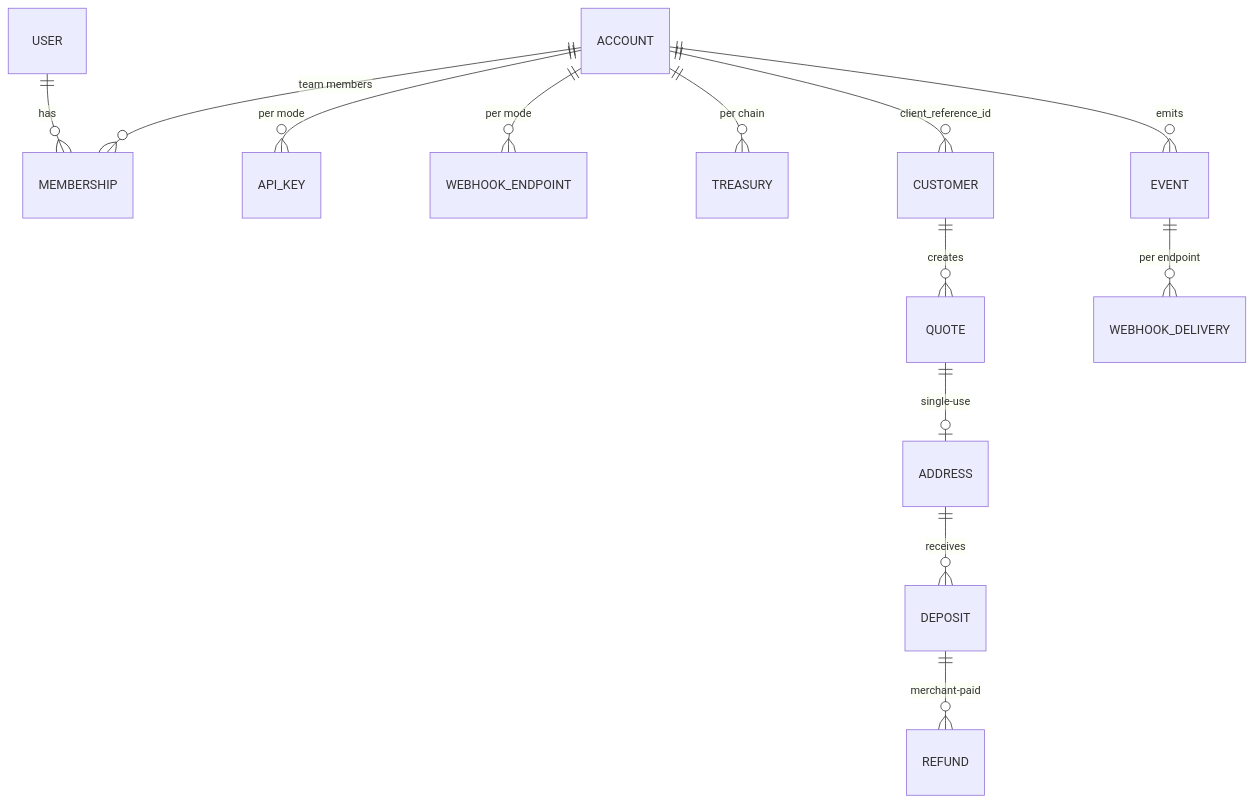
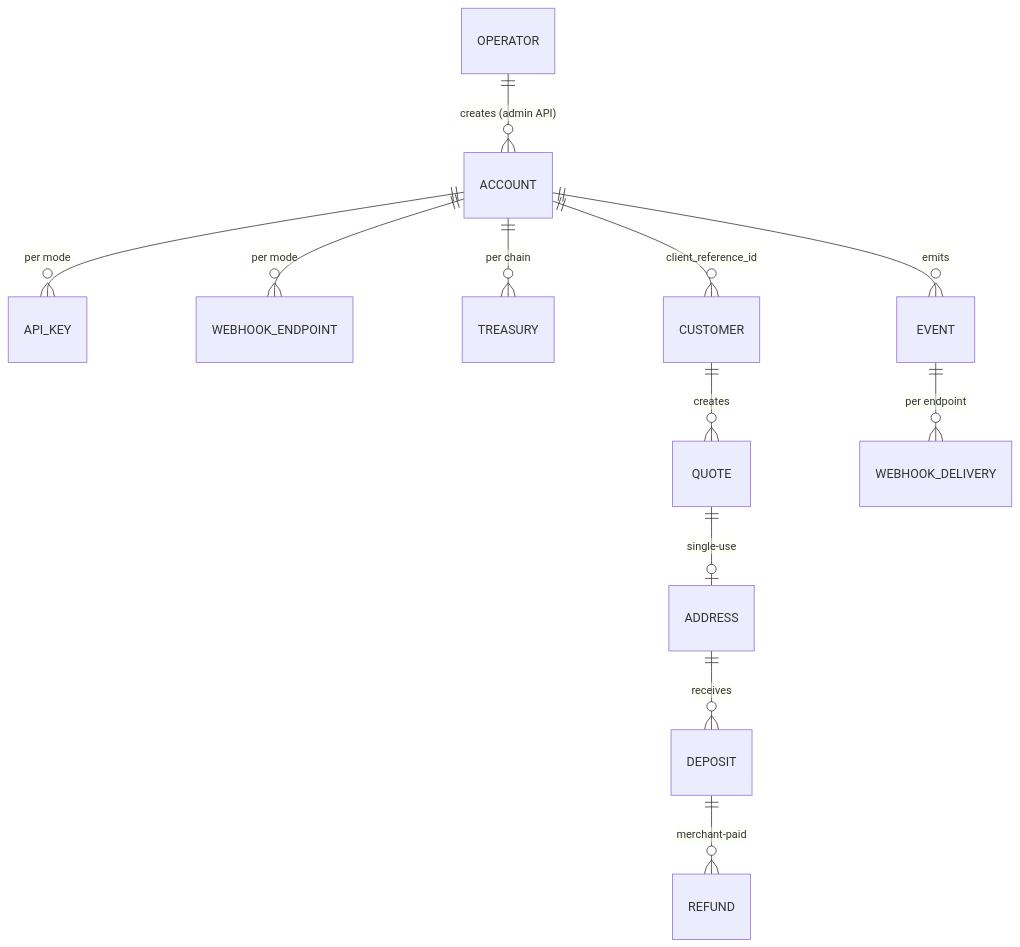
Before and after one commit to Phala-Network/crypto-topup-service: the second of 3 diagrams in docs/design/multi-tenant.md, drawn with Mermaid. The commit also changed other lines of this file and 4 other files, not shown here.

First line of the commit message:
docs(design): operator-onboarded, API-only multi-tenant Phala Pay (#189)

````diff
--- a/docs/design/multi-tenant.md
+++ b/docs/design/multi-tenant.md
@@ -303,15 +230,14 @@
 ```mermaid
 erDiagram
-    USER ||--o{ MEMBERSHIP : has
-    ACCOUNT ||--o{ MEMBERSHIP : "team members"
+    OPERATOR ||--o{ ACCOUNT : "creates (admin API)"
     ACCOUNT ||--o{ API_KEY : "per mode"
     ACCOUNT ||--o{ WEBHOOK_ENDPOINT : "per mode"
     ACCOUNT ||--o{ TREASURY : "per chain"
     ACCOUNT ||--o{ CUSTOMER : "client_reference_id"
     CUSTOMER ||--o{ QUOTE : creates
     QUOTE ||--o| ADDRESS : "single-use"
     ADDRESS ||--o{ DEPOSIT : receives
     DEPOSIT ||--o{ REFUND : "merchant-paid"
     ACCOUNT ||--o{ EVENT : emits
     EVENT ||--o{ WEBHOOK_DELIVERY : "per endpoint"
 ```
````
